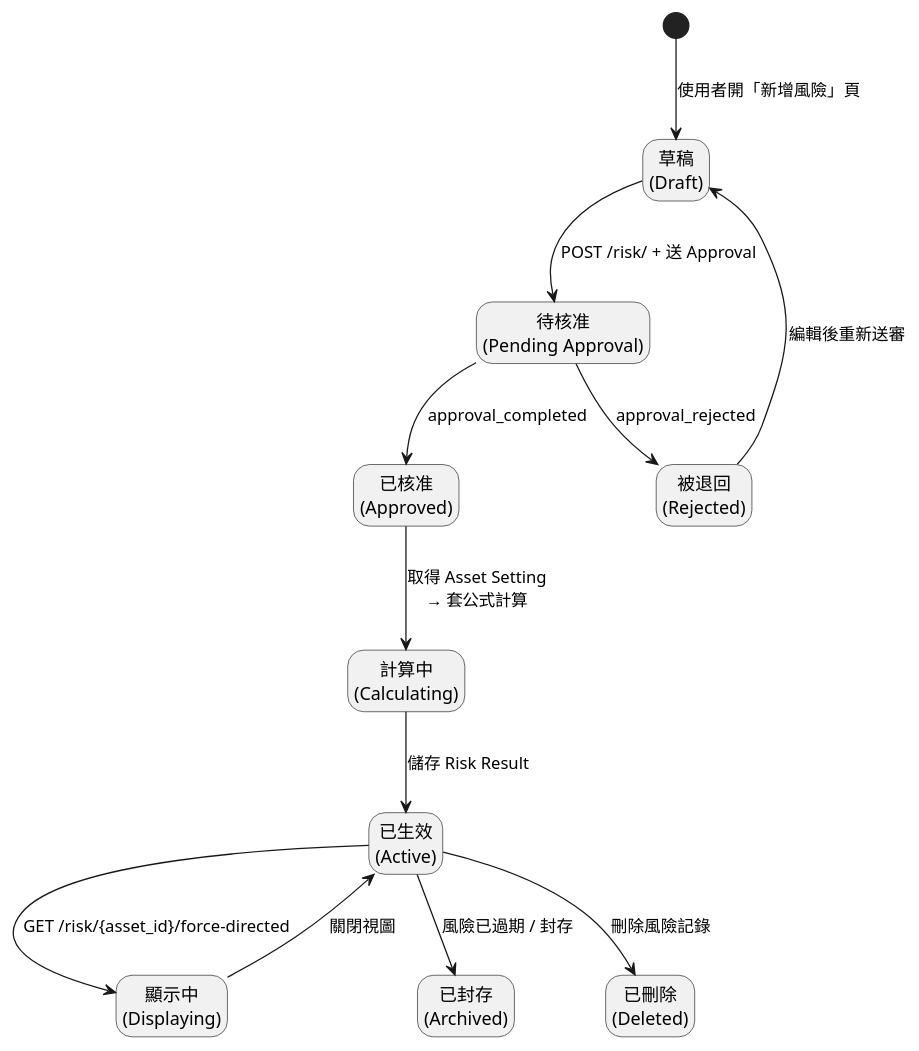
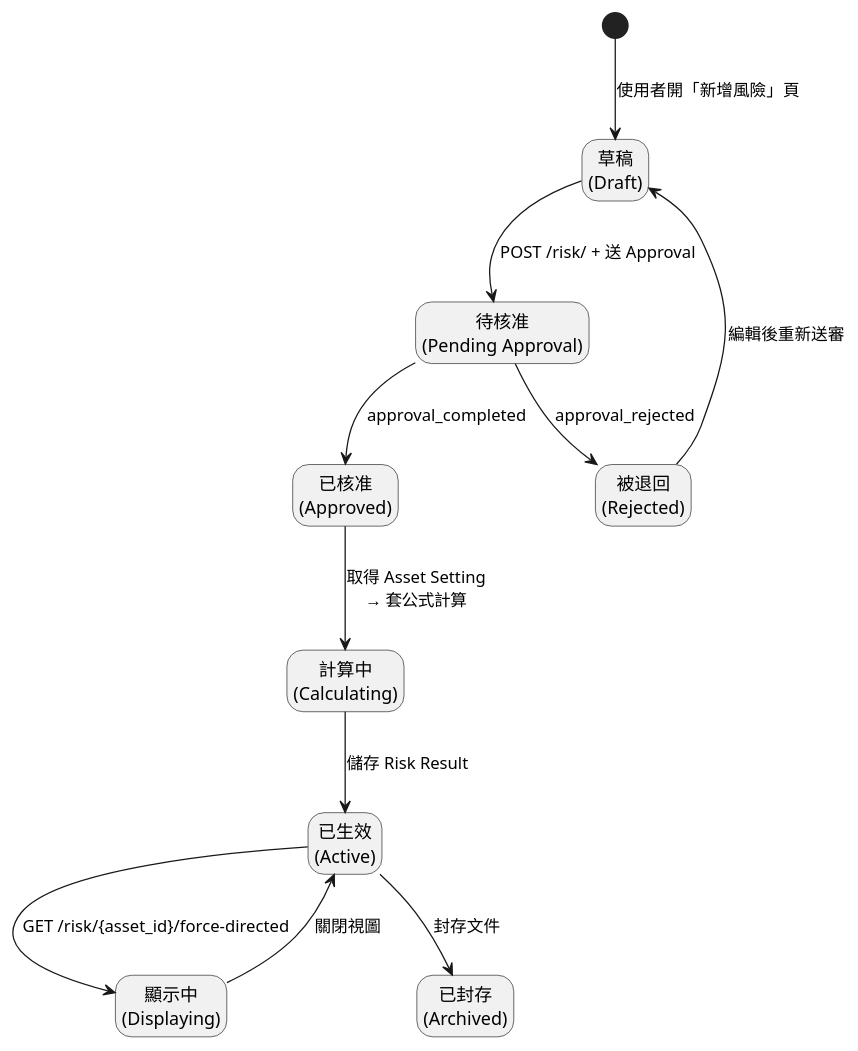
The diagram in plantUML/state/risk.puml (walle45611/NTUB_SecuManag_Diagram), drawn with PlantUML before and after one commit. The commit also changed 4 other files, not shown here.

Commit message:
(feat): 更新資產、資產設定、風險及威脅/弱點的狀態圖，調整封存與刪除的描述 (#62)

```diff
--- a/plantUML/state/risk.puml
+++ b/plantUML/state/risk.puml
@@ -1,32 +1,30 @@
 @startuml
 
 hide empty description
 
 [*] --> Draft : 使用者開「新增風險」頁
 state "草稿\n(Draft)" as Draft <<draft>>
 
 Draft --> PendingApproval : POST /risk/ + 送 Approval
 state "待核准\n(Pending Approval)" as PendingApproval <<approval>>
 
 PendingApproval --> Approved  : approval_completed
 PendingApproval --> Rejected  : approval_rejected
 state "被退回\n(Rejected)" as Rejected <<error>>
 Rejected --> Draft : 編輯後重新送審
 
 state "已核准\n(Approved)" as Approved <<approval>>
 Approved --> Calculating : 取得 Asset Setting\n→ 套公式計算
 state "計算中\n(Calculating)" as Calculating <<calc>>
 
 Calculating --> Active : 儲存 Risk Result
 state "已生效\n(Active)" as Active <<active>>
 
 Active --> Displaying : GET /risk/{asset_id}/force-directed
 state "顯示中\n(Displaying)" as Displaying <<display>>
 Displaying --> Active : 關閉視圖
 
-Active --> Archived : 風險已過期 / 封存
+Active --> Archived : 封存文件
 state "已封存\n(Archived)" as Archived <<terminal>>
 
-Active --> Deleted  : 刪除風險記錄
-state "已刪除\n(Deleted)" as Deleted  <<terminal>>
 @enduml
```
